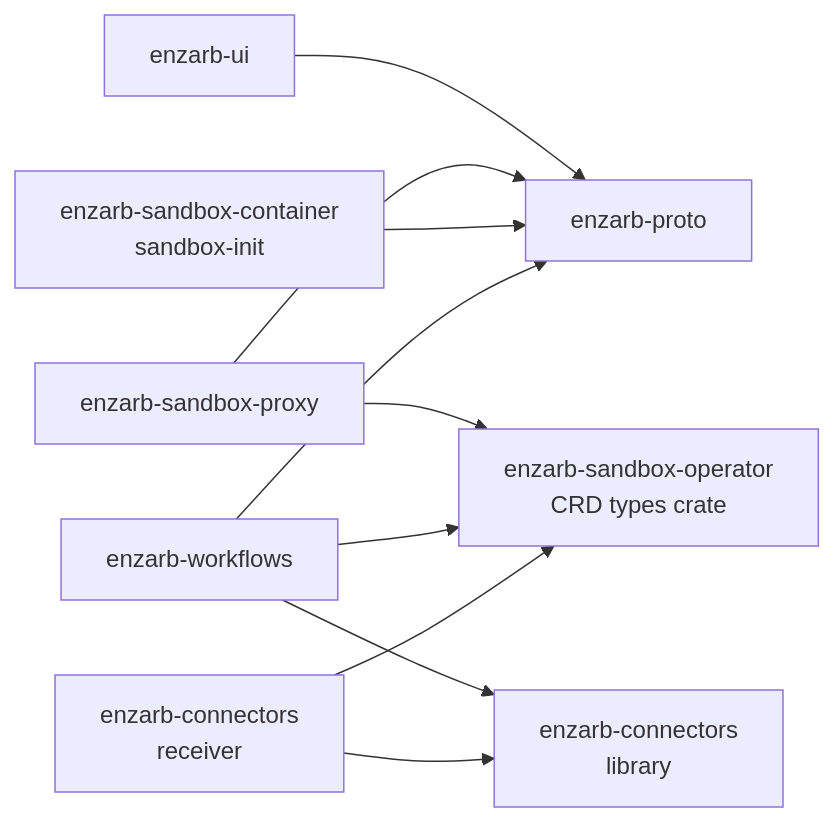
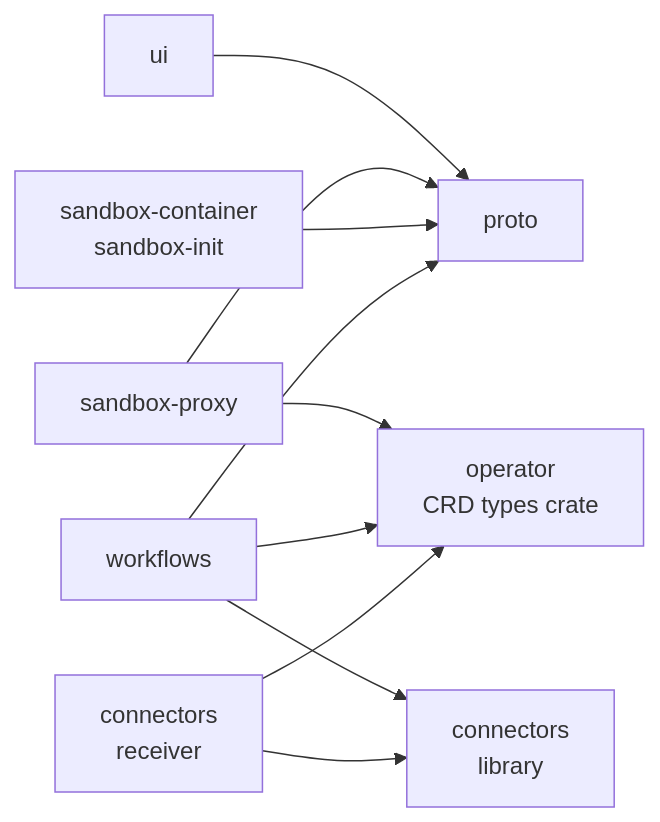
Before and after one commit to enzarb/enzarb: the first of 2 diagrams in docs/architecture.md, drawn with Mermaid. The commit also changed other lines of this file and 25 other files, not shown here.

````diff
--- a/docs/architecture.md
+++ b/docs/architecture.md
@@ -27,15 +27,15 @@
 ```mermaid
 flowchart LR
-  proto[enzarb-proto]
-  crds[enzarb-sandbox-operator<br/>CRD types crate]
-  conn[enzarb-connectors<br/>library]
-  ui[enzarb-ui] --> proto
-  px[enzarb-sandbox-proxy] --> proto
+  proto[proto]
+  crds[operator<br/>CRD types crate]
+  conn[connectors<br/>library]
+  ui[ui] --> proto
+  px[sandbox-proxy] --> proto
   px --> crds
-  init[enzarb-sandbox-container<br/>sandbox-init] --> proto
-  wf[enzarb-workflows] --> proto
+  init[sandbox-container<br/>sandbox-init] --> proto
+  wf[workflows] --> proto
   wf --> conn
   wf --> crds
-  rcv[enzarb-connectors<br/>receiver] --> conn
+  rcv[connectors<br/>receiver] --> conn
   rcv --> crds
 ```
````
